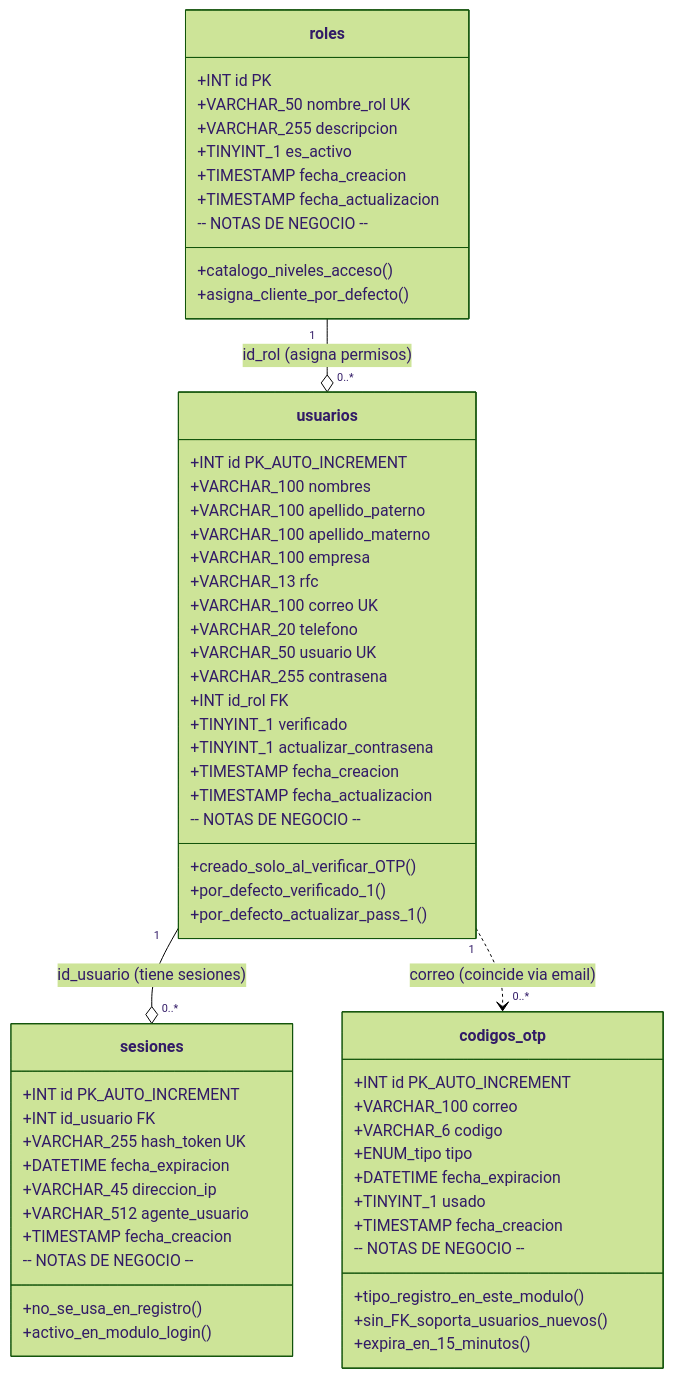
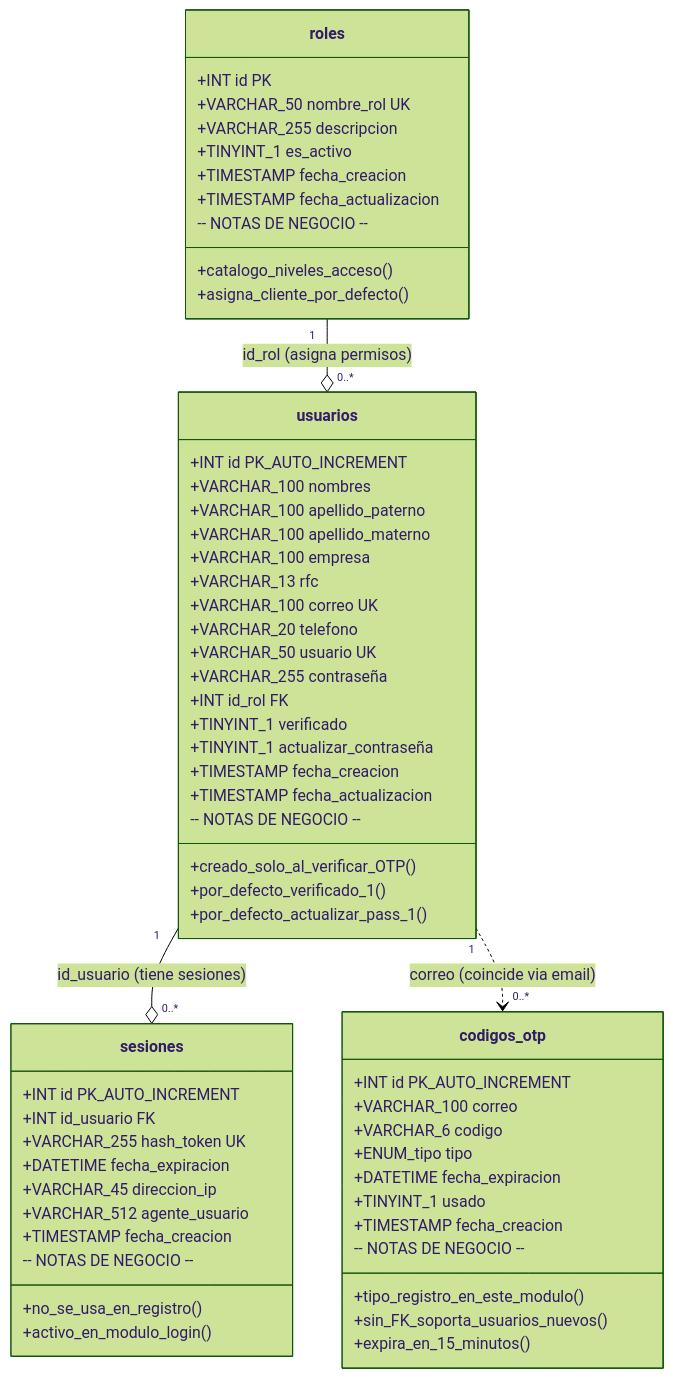
Before and after one commit to arturomiranda/ds-qs: the second of 8 diagrams in web/modules/registro/Registro_Plan.md, drawn with Mermaid (forest theme). The commit also changed other lines of this file and 1 other file, not shown here.

````diff
--- a/web/modules/registro/Registro_Plan.md
+++ b/web/modules/registro/Registro_Plan.md
@@ -371,70 +371,70 @@
 ```mermaid
 classDiagram
     direction TB
 
     class roles {
         +INT id PK
         +VARCHAR_50 nombre_rol UK
         +VARCHAR_255 descripcion
         +TINYINT_1 es_activo
         +TIMESTAMP fecha_creacion
         +TIMESTAMP fecha_actualizacion
         -- NOTAS DE NEGOCIO --
         +catalogo_niveles_acceso()
         +asigna_cliente_por_defecto()
     }
 
     class usuarios {
         +INT id PK_AUTO_INCREMENT
         +VARCHAR_100 nombres
         +VARCHAR_100 apellido_paterno
         +VARCHAR_100 apellido_materno
         +VARCHAR_100 empresa
         +VARCHAR_13 rfc
         +VARCHAR_100 correo UK
         +VARCHAR_20 telefono
         +VARCHAR_50 usuario UK
-        +VARCHAR_255 contrasena
+        +VARCHAR_255 contraseña
         +INT id_rol FK
         +TINYINT_1 verificado
-        +TINYINT_1 actualizar_contrasena
+        +TINYINT_1 actualizar_contraseña
         +TIMESTAMP fecha_creacion
         +TIMESTAMP fecha_actualizacion
         -- NOTAS DE NEGOCIO --
         +creado_solo_al_verificar_OTP()
         +por_defecto_verificado_1()
         +por_defecto_actualizar_pass_1()
     }
 
     class codigos_otp {
         +INT id PK_AUTO_INCREMENT
         +VARCHAR_100 correo
         +VARCHAR_6 codigo
         +ENUM_tipo tipo
         +DATETIME fecha_expiracion
         +TINYINT_1 usado
         +TIMESTAMP fecha_creacion
         -- NOTAS DE NEGOCIO --
         +tipo_registro_en_este_modulo()
         +sin_FK_soporta_usuarios_nuevos()
         +expira_en_15_minutos()
     }
 
     class sesiones {
         +INT id PK_AUTO_INCREMENT
         +INT id_usuario FK
         +VARCHAR_255 hash_token UK
         +DATETIME fecha_expiracion
         +VARCHAR_45 direccion_ip
         +VARCHAR_512 agente_usuario
         +TIMESTAMP fecha_creacion
         -- NOTAS DE NEGOCIO --
         +no_se_usa_en_registro()
         +activo_en_modulo_login()
     }
 
     %% Relaciones Lógicas de Base de Datos
     roles "1" --o "0..*" usuarios : id_rol (asigna permisos)
     usuarios "1" --o "0..*" sesiones : id_usuario (tiene sesiones)
     usuarios "1" ..> "0..*" codigos_otp : correo (coincide via email)
 ```
````
